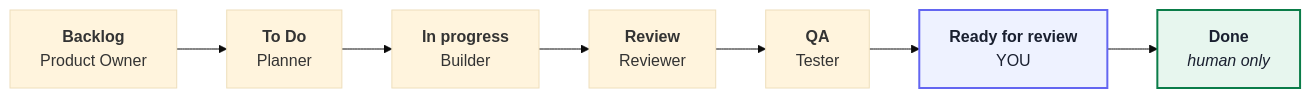
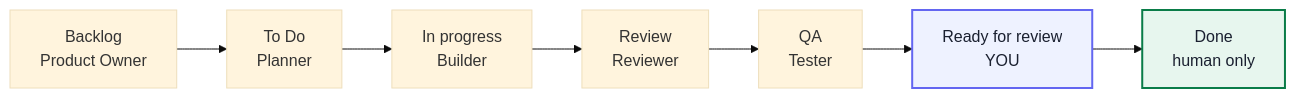
Before and after one commit to Amer-Hassani/kanban-multiagent-implementation: the diagram in .claude/skills/kanban-multiagent-implementation/README.md, drawn with Mermaid (base theme). The commit also changed other lines of this file and 3 other files, not shown here.

````diff
--- a/.claude/skills/kanban-multiagent-implementation/README.md
+++ b/.claude/skills/kanban-multiagent-implementation/README.md
@@ -19,12 +19,12 @@
 ```mermaid
 flowchart LR
-    PO["<b>Backlog</b><br/>Product Owner"] --> TD["<b>To Do</b><br/>Planner"]
-    TD --> IP["<b>In progress</b><br/>Builder"]
-    IP --> RV["<b>Review</b><br/>Reviewer"]
-    RV --> QA["<b>QA</b><br/>Tester"]
-    QA --> RFR["<b>Ready for review</b><br/>YOU"]
-    RFR --> DN["<b>Done</b><br/><i>human only</i>"]
+    PO["Backlog<br/>Product Owner"] --> TD["To Do<br/>Planner"]
+    TD --> IP["In progress<br/>Builder"]
+    IP --> RV["Review<br/>Reviewer"]
+    RV --> QA["QA<br/>Tester"]
+    QA --> RFR["Ready for review<br/>YOU"]
+    RFR --> DN["Done<br/>human only"]
 
     style RFR fill:#eef2ff,stroke:#6366f1,stroke-width:2px,color:#1a2030
     style DN fill:#e7f6ee,stroke:#0a7c48,stroke-width:2px,color:#1a2030
 ```
````
